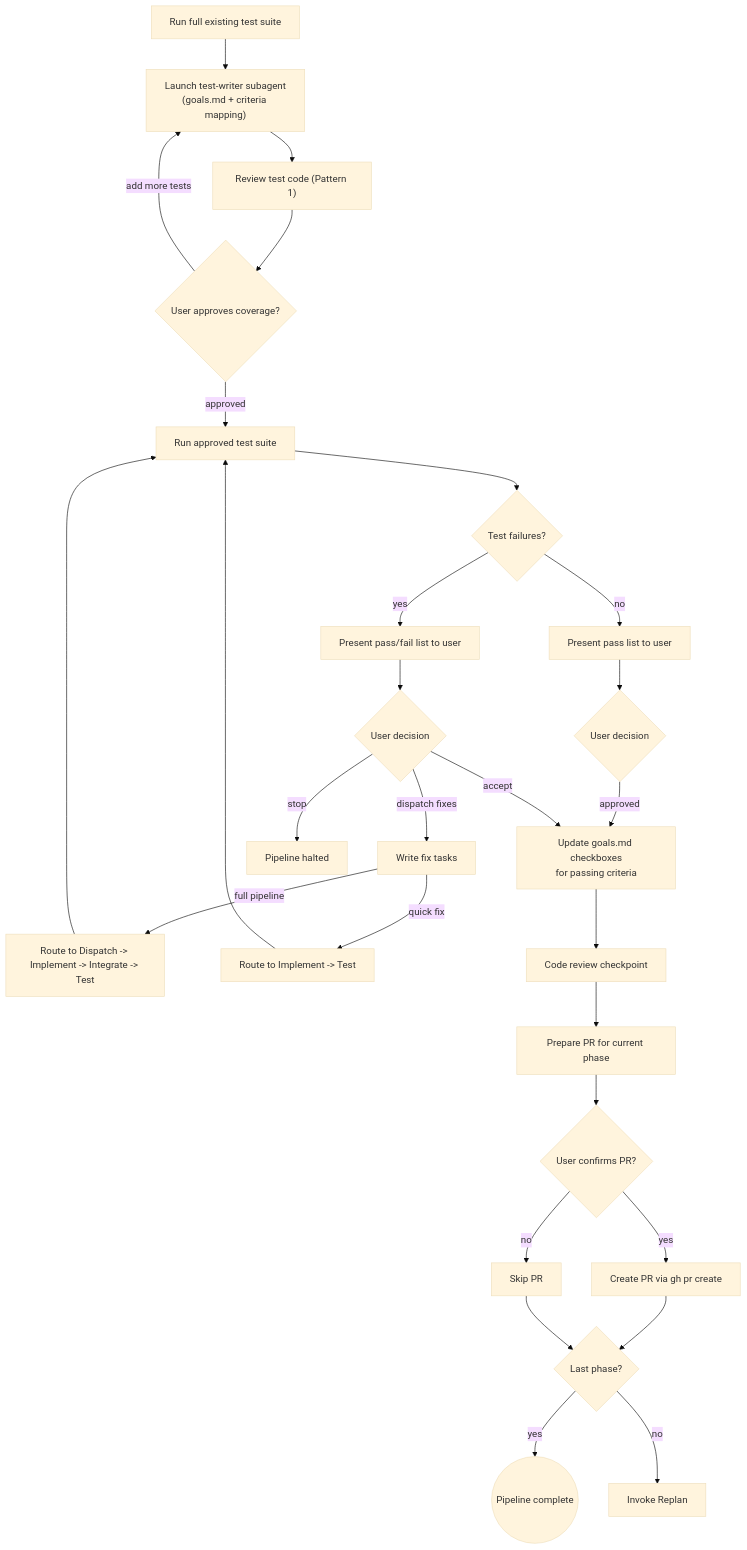
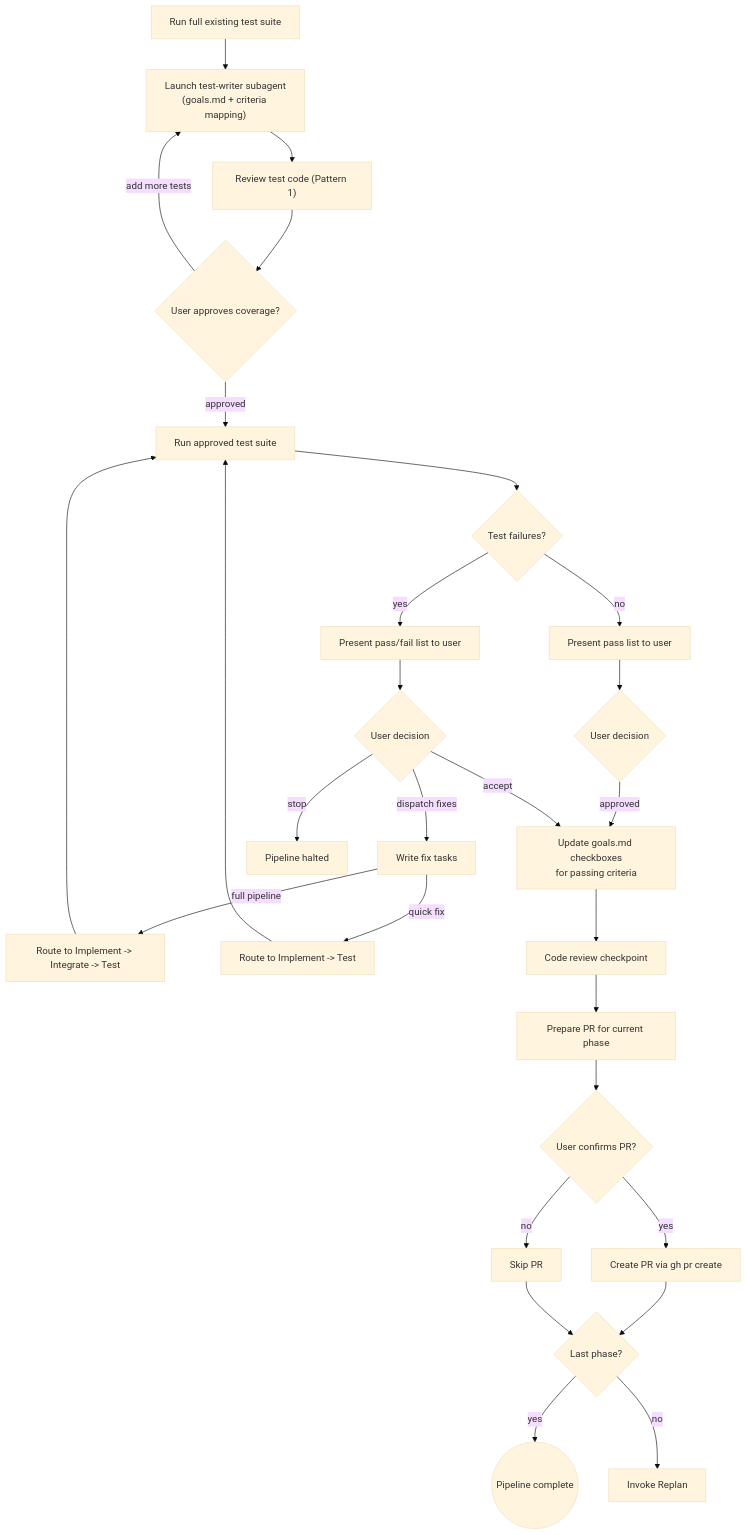
Before and after one commit to dfrysinger/qrspi-plus: diagram 12 of 19 in README.md, drawn with Mermaid (base theme). The commit also changed other lines of this file and 11 other files, not shown here.

````diff
--- a/README.md
+++ b/README.md
@@ -343,30 +321,30 @@
 ```mermaid
 flowchart TD
     A[Run full existing test suite] --> B["Launch test-writer subagent<br>(goals.md + criteria mapping)"]
     B --> C["Review test code (Pattern 1)"]
     C --> CV{User approves coverage?}
     CV -->|add more tests| B
     CV -->|approved| D[Run approved test suite]
     D --> E{Test failures?}
     E -->|no| G[Present pass list to user]
     E -->|yes| F[Present pass/fail list to user]
     F --> H{User decision}
     G --> G2{User decision}
     G2 -->|approved| CK
     H -->|dispatch fixes| K[Write fix tasks]
     H -->|accept| CK
     H -->|stop| L[Pipeline halted]
-    K -->|full pipeline| M[Route to Dispatch -> Implement -> Integrate -> Test]
+    K -->|full pipeline| M[Route to Implement -> Integrate -> Test]
     K -->|quick fix| NN[Route to Implement -> Test]
     M --> D
     NN --> D
     CK["Update goals.md checkboxes<br>for passing criteria"] --> CR[Code review checkpoint]
     CR --> Q[Prepare PR for current phase]
     Q --> R{User confirms PR?}
     R -->|yes| S[Create PR via gh pr create]
     R -->|no| S2[Skip PR]
     S --> T{Last phase?}
     S2 --> T
     T -->|yes| U((Pipeline complete))
     T -->|no| V[Invoke Replan]
 ```
````
